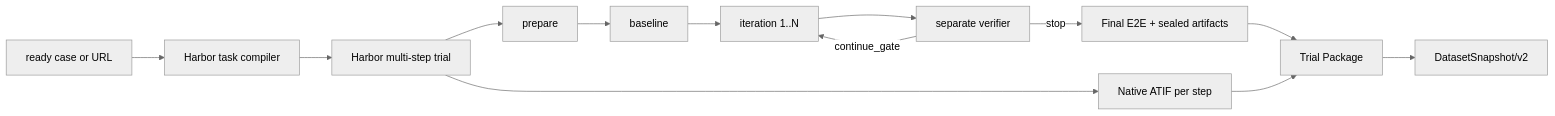
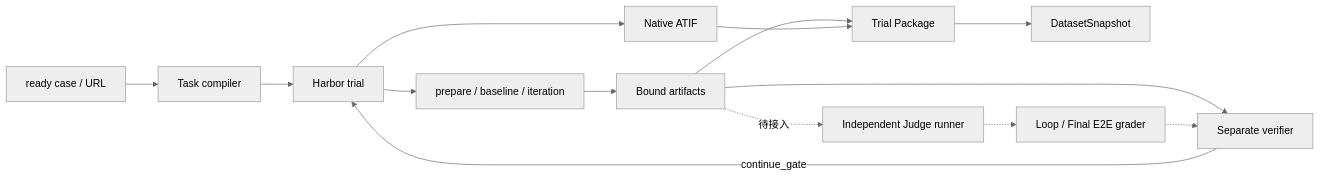
The diagram in docs/architecture.md (PlevanTem/ui-reverse-engineer), drawn with Mermaid (neutral theme) before and after one commit. The commit also changed other lines of this file and 13 other files, not shown here.

````diff
--- a/docs/architecture.md
+++ b/docs/architecture.md
@@ -5,15 +5,16 @@
 ```mermaid
 flowchart LR
-  A[ready case or URL] --> B[Harbor task compiler]
-  B --> C[Harbor multi-step trial]
-  C --> D[prepare]
-  D --> E[baseline]
-  E --> F[iteration 1..N]
-  F --> G[separate verifier]
-  G -->|continue_gate| F
-  G -->|stop| H[Final E2E + sealed artifacts]
-  C --> I[Native ATIF per step]
-  H --> J[Trial Package]
-  I --> J
-  J --> K[DatasetSnapshot/v2]
+  A[ready case / URL] --> B[Task compiler]
+  B --> C[Harbor trial]
+  C --> D[prepare / baseline / iteration]
+  D --> E[Bound artifacts]
+  E --> F[Separate verifier]
+  F -->|continue_gate| C
+  C --> G[Native ATIF]
+  E --> H[Trial Package]
+  G --> H
+  H --> I[DatasetSnapshot]
+  E -. 待接入 .-> J[Independent Judge runner]
+  J -.-> K[Loop / Final E2E grader]
+  K -.-> F
 ```
````
